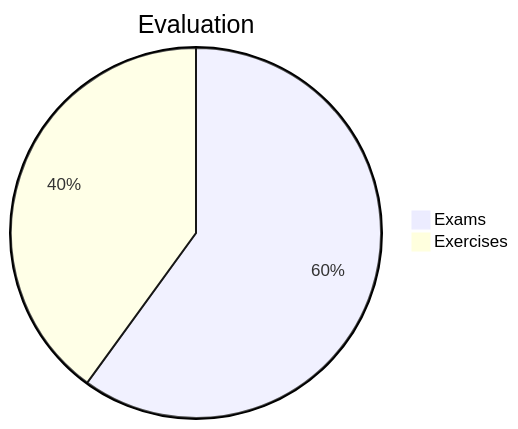
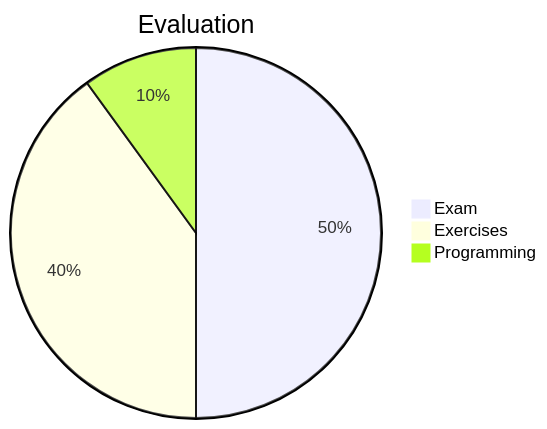
One commit to ChenZhongPu/data-structure-swufe changed the fifth of 5 diagrams in slides-web/week0.md. Above: the diagram before and after it, drawn with Mermaid. The commit also changed other lines of this file and 4 other files, not shown here.

````diff
--- a/slides-web/week0.md
+++ b/slides-web/week0.md
@@ -316,5 +316,6 @@
 ```mermaid {scale: 0.8}
 pie title Evaluation
-    "Exams" : 60
+    "Exam" : 50
     "Exercises" : 40
+    "Programming": 10
 ```
````
